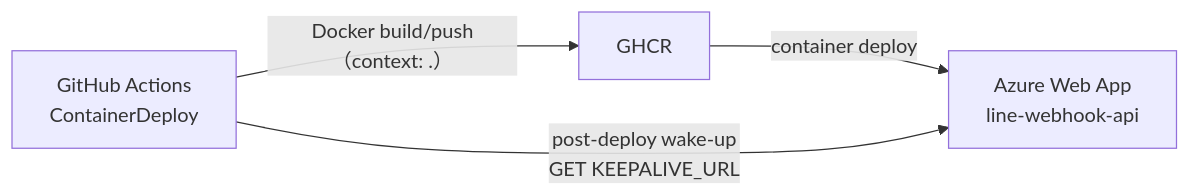
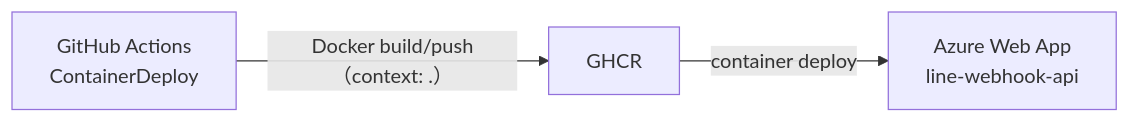
One commit to agts86/G-Searcher changed the fourth of 4 diagrams in Architect.md. Above: the diagram before and after it, drawn with Mermaid.

Commit message:
feat: デプロイ経路のアーキテクチャ図から不要なノードを削除

````diff
--- a/Architect.md
+++ b/Architect.md
@@ -110,10 +110,9 @@
 ```mermaid
 graph LR
     GH["GitHub Actions<br/>ContainerDeploy"]
     GHCR["GHCR"]
     Azure["Azure Web App<br/>line-webhook-api"]
 
     GH -->|Docker build/push（context: .）| GHCR
     GHCR -->|container deploy| Azure
-    GH -->|post-deploy wake-up<br/>GET KEEPALIVE_URL| Azure
 ```
````
